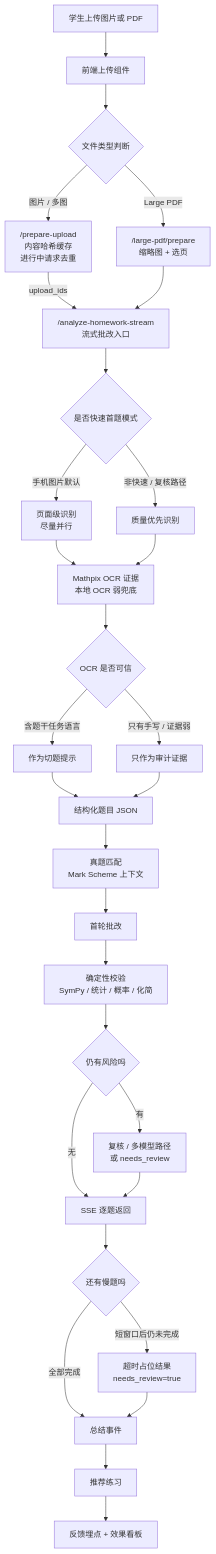
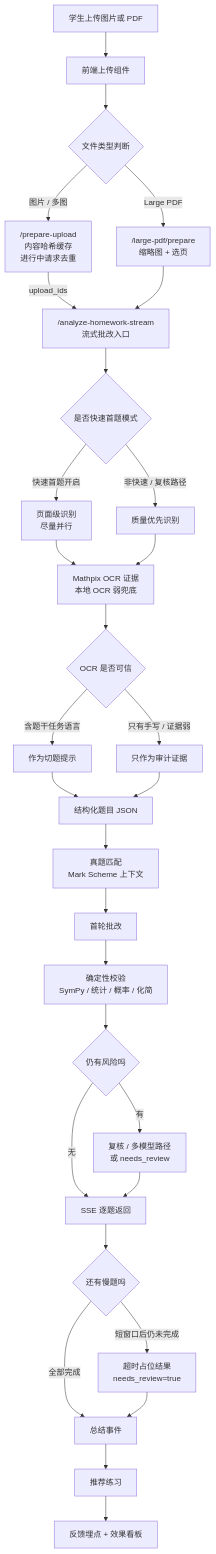
Before and after one commit to berylinureye/alevel-assistant: the diagram in docs/runtime-pipeline-and-benchmarks.md, drawn with Mermaid. The commit also changed other lines of this file and 1 other file, not shown here.

````diff
--- a/docs/runtime-pipeline-and-benchmarks.md
+++ b/docs/runtime-pipeline-and-benchmarks.md
@@ -38,37 +38,37 @@
 ```mermaid
 flowchart TD
   U["学生上传图片或 PDF"] --> F["前端上传组件"]
   F --> P{"文件类型判断"}
 
   P -->|"图片 / 多图"| C["/prepare-upload<br/>内容哈希缓存<br/>进行中请求去重"]
   C -->|"upload_ids"| S["/analyze-homework-stream<br/>流式批改入口"]
   P -->|"Large PDF"| L["/large-pdf/prepare<br/>缩略图 + 选页"]
   L --> S
 
   S --> R{"是否快速首题模式"}
-  R -->|"手机图片默认"| I["页面级识别<br/>尽量并行"]
+  R -->|"快速首题开启"| I["页面级识别<br/>尽量并行"]
   R -->|"非快速 / 复核路径"| G["质量优先识别"]
 
   I --> O["Mathpix OCR 证据<br/>本地 OCR 弱兜底"]
   G --> O
   O --> Q{"OCR 是否可信"}
   Q -->|"含题干任务语言"| H["作为切题提示"]
   Q -->|"只有手写 / 证据弱"| A["只作为审计证据"]
 
   H --> X["结构化题目 JSON"]
   A --> X
   X --> M["真题匹配<br/>Mark Scheme 上下文"]
   M --> B["首轮批改"]
   B --> V["确定性校验<br/>SymPy / 统计 / 概率 / 化简"]
   V --> D{"仍有风险吗"}
   D -->|"有"| W["复核 / 多模型路径<br/>或 needs_review"]
   D -->|"无"| E["SSE 逐题返回"]
   W --> E
 
   E --> T{"还有慢题吗"}
   T -->|"短窗口后仍未完成"| N["超时占位结果<br/>needs_review=true"]
   T -->|"全部完成"| Z["总结事件"]
   N --> Z
   Z --> K["推荐练习"]
   K --> J["反馈埋点 + 效果看板"]
 ```
````
